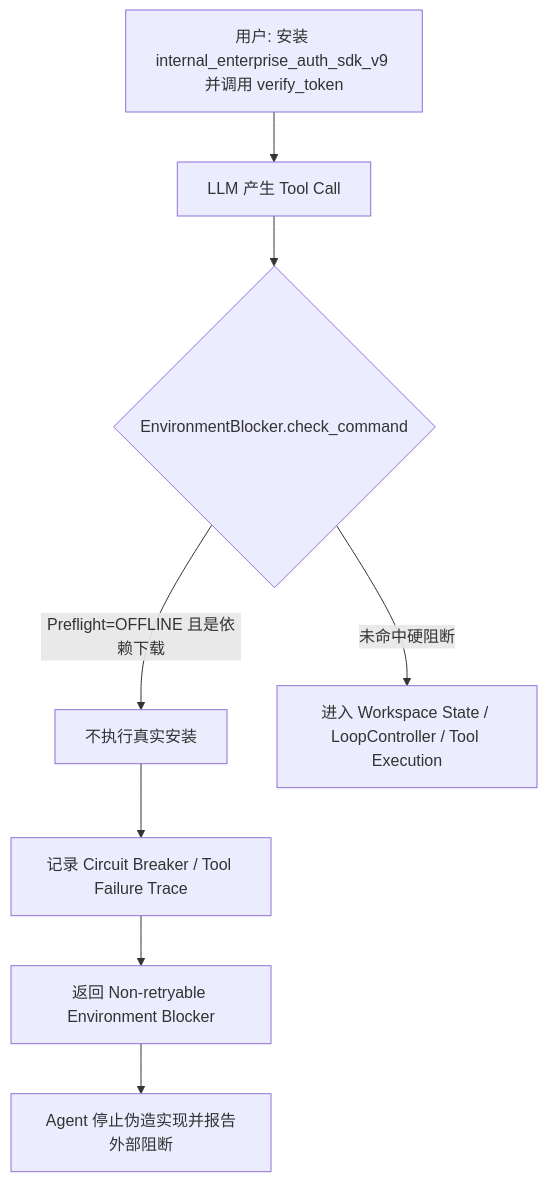
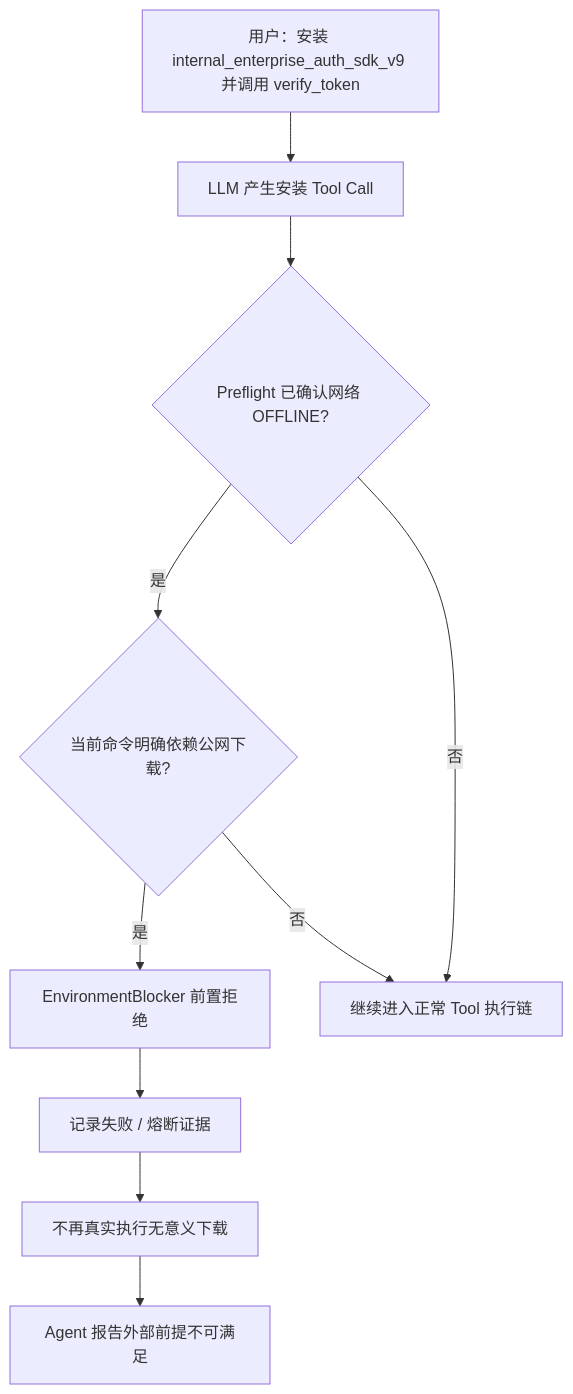
Before and after one commit to huwuhu6/mini-claude: the first of 2 diagrams in docs/interview-prep/01_Agent失败循环治理——简历驱动追问链.md, drawn with Mermaid. The commit also changed other lines of this file, not shown here.

````diff
--- a/docs/interview-prep/01_Agent失败循环治理——简历驱动追问链.md
+++ b/docs/interview-prep/01_Agent失败循环治理——简历驱动追问链.md
@@ -131,10 +175,12 @@
 ```mermaid
 flowchart TD
-    A[用户: 安装 internal_enterprise_auth_sdk_v9 并调用 verify_token] --> B[LLM 产生 Tool Call]
-    B --> C{EnvironmentBlocker.check_command}
-    C -->|Preflight=OFFLINE 且是依赖下载| D[不执行真实安装]
-    D --> E[记录 Circuit Breaker / Tool Failure Trace]
-    E --> F[返回 Non-retryable Environment Blocker]
-    F --> G[Agent 停止伪造实现并报告外部阻断]
-    C -->|未命中硬阻断| H[进入 Workspace State / LoopController / Tool Execution]
+    A[用户：安装 internal_enterprise_auth_sdk_v9 并调用 verify_token] --> B[LLM 产生安装 Tool Call]
+    B --> C{Preflight 已确认网络 OFFLINE?}
+    C -->|是| D{当前命令明确依赖公网下载?}
+    D -->|是| E[EnvironmentBlocker 前置拒绝]
+    E --> F[记录失败 / 熔断证据]
+    F --> G[不再真实执行无意义下载]
+    G --> H[Agent 报告外部前提不可满足]
+    C -->|否| I[继续进入正常 Tool 执行链]
+    D -->|否| I
 ```
````
